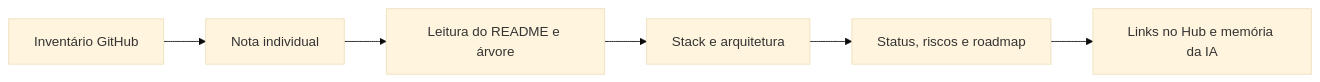
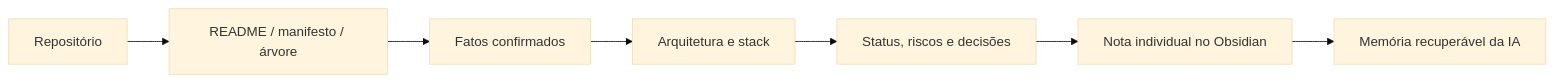
One commit to William-kelvem94/Will-obsidian changed the second of 2 diagrams in 03-Projetos/04-Master-Plan/Mapa-Cognitivo-Completo-dos-Repositorios.md. Above: the diagram before and after it, drawn with Mermaid (base theme). The commit also changed other lines of this file, not shown here.

````diff
--- a/03-Projetos/04-Master-Plan/Mapa-Cognitivo-Completo-dos-Repositorios.md
+++ b/03-Projetos/04-Master-Plan/Mapa-Cognitivo-Completo-dos-Repositorios.md
@@ -53,8 +30,9 @@
 ```mermaid
 flowchart LR
-  A["Inventário GitHub"] --> B["Nota individual"]
-  B --> C["Leitura do README e árvore"]
-  C --> D["Stack e arquitetura"]
-  D --> E["Status, riscos e roadmap"]
-  E --> F["Links no Hub e memória da IA"]
+  R["Repositório"] --> E["README / manifesto / árvore"]
+  E --> F["Fatos confirmados"]
+  F --> A["Arquitetura e stack"]
+  A --> S["Status, riscos e decisões"]
+  S --> K["Nota individual no Obsidian"]
+  K --> M["Memória recuperável da IA"]
 ```
````
